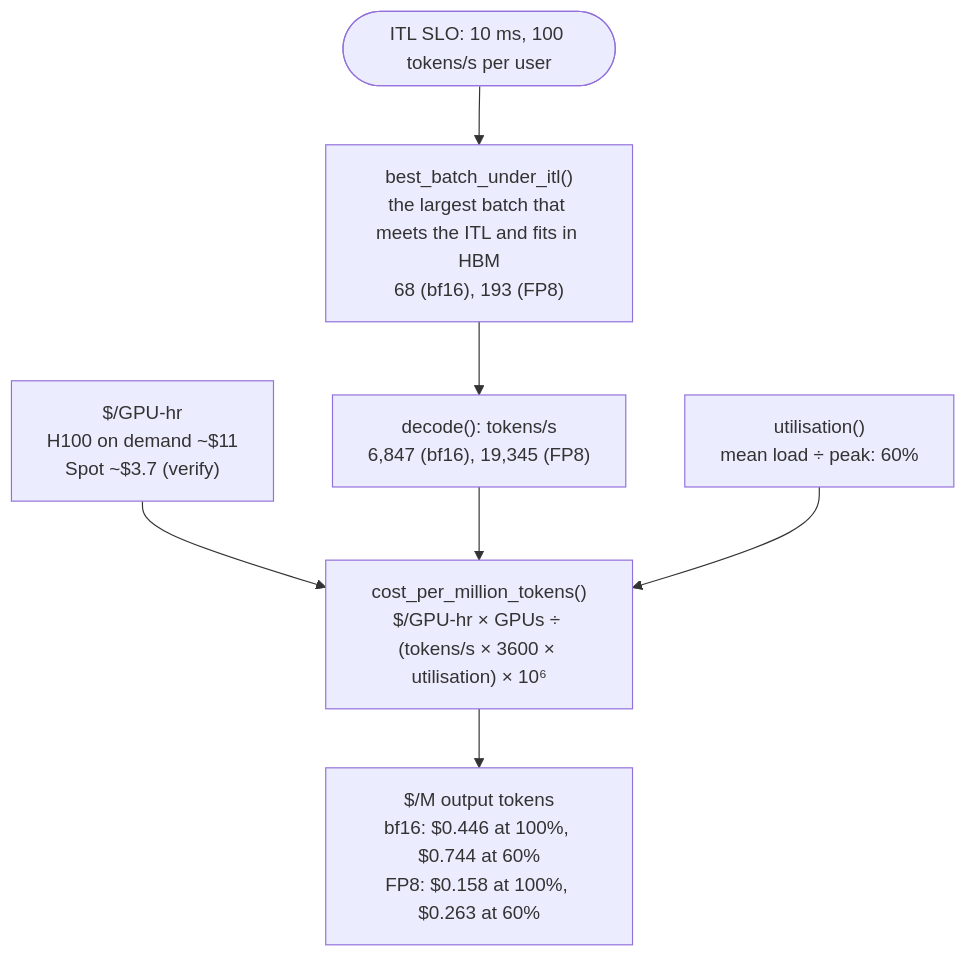
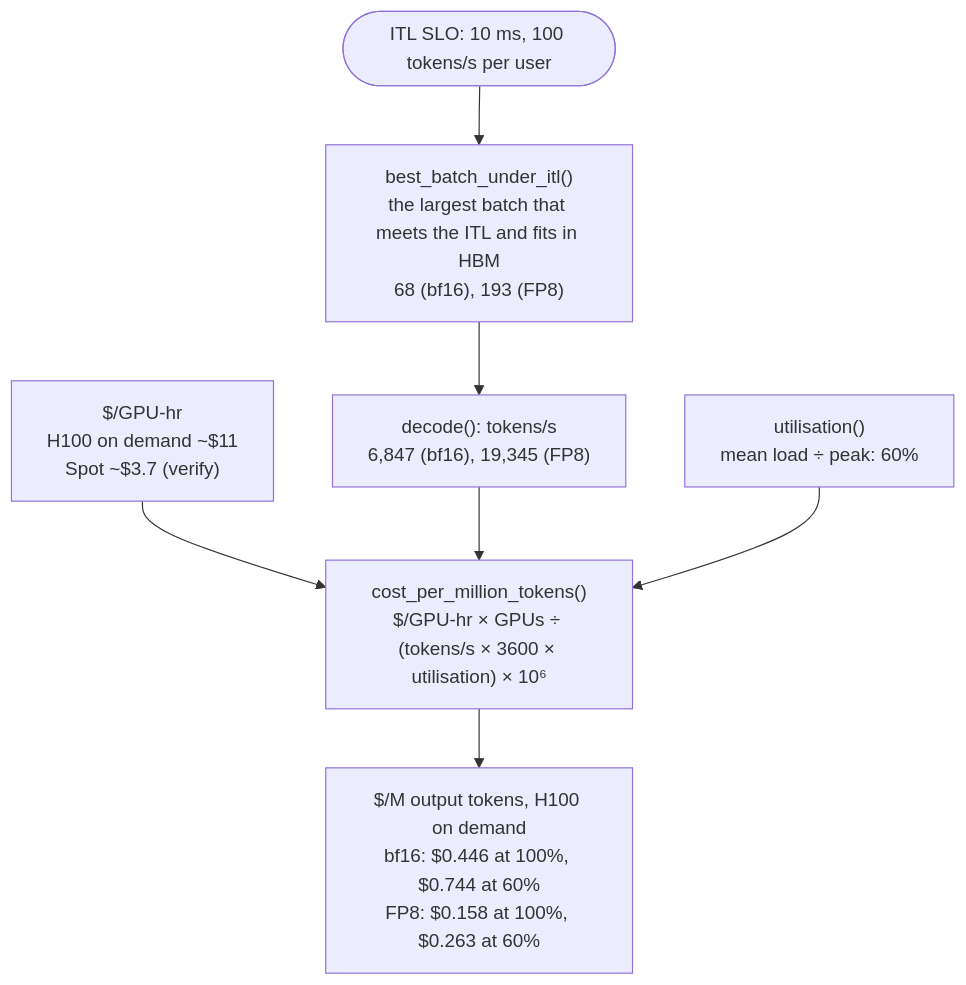
The diagram in 01-hardware-gpu-fabric/roofline-and-fabric/PRIMER.md (aniryou/full-stack-agentic-engineer), drawn with Mermaid before and after one commit. The commit also changed other lines of this file and 39 other files, not shown here.

````diff
--- a/01-hardware-gpu-fabric/roofline-and-fabric/PRIMER.md
+++ b/01-hardware-gpu-fabric/roofline-and-fabric/PRIMER.md
@@ -789,9 +789,9 @@
 ```mermaid
 flowchart TB
   SLO(["ITL SLO: 10 ms, 100 tokens/s per user"]) --> B["best_batch_under_itl()<br/>the largest batch that meets the ITL and fits in HBM<br/>68 (bf16), 193 (FP8)"]
   B --> T["decode(): tokens/s<br/>6,847 (bf16), 19,345 (FP8)"]
   P["$/GPU-hr<br/>H100 on demand ~$11<br/>Spot ~$3.7 (verify)"] --> C
   T --> C["cost_per_million_tokens()<br/>$/GPU-hr × GPUs ÷ (tokens/s × 3600 × utilisation) × 10⁶"]
   U["utilisation()<br/>mean load ÷ peak: 60%"] --> C
-  C --> R["$/M output tokens<br/>bf16: $0.446 at 100%, $0.744 at 60%<br/>FP8: $0.158 at 100%, $0.263 at 60%"]
+  C --> R["$/M output tokens, H100 on demand<br/>bf16: $0.446 at 100%, $0.744 at 60%<br/>FP8: $0.158 at 100%, $0.263 at 60%"]
 ```
````
